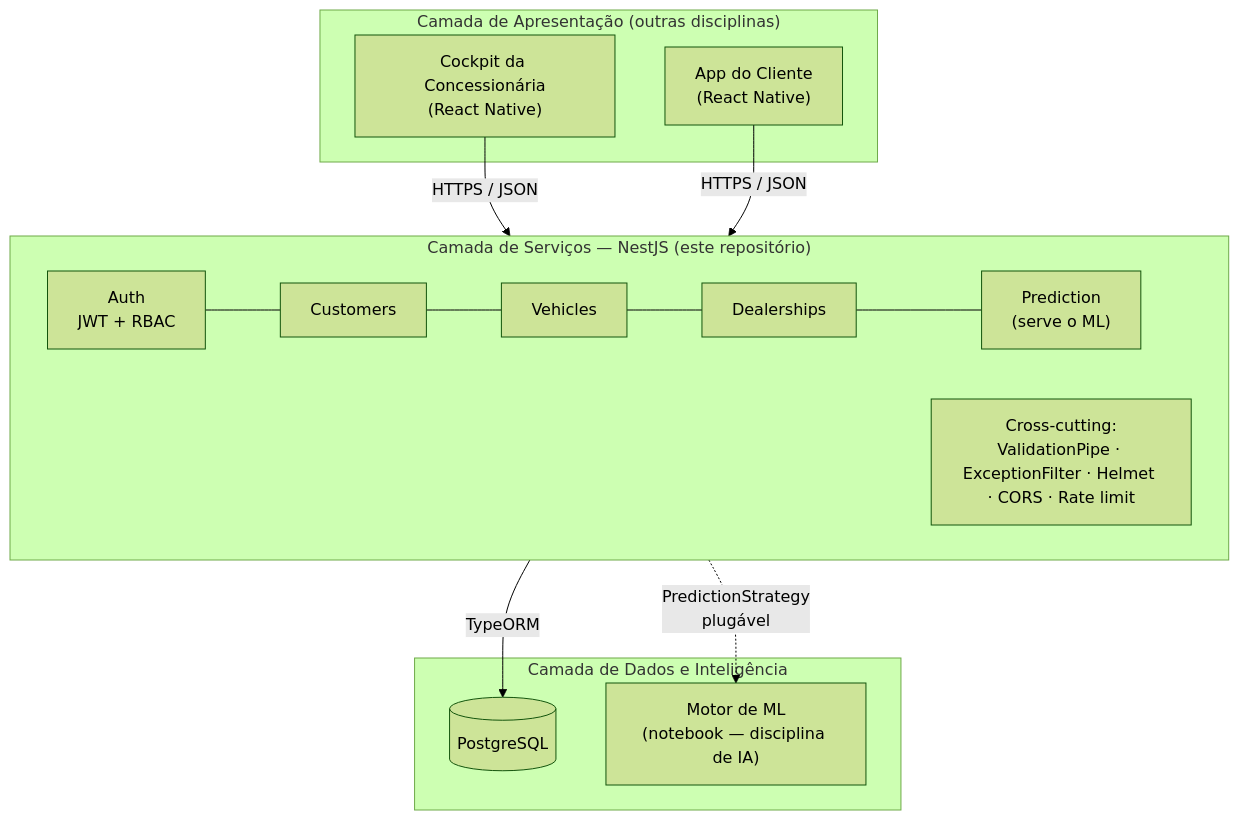
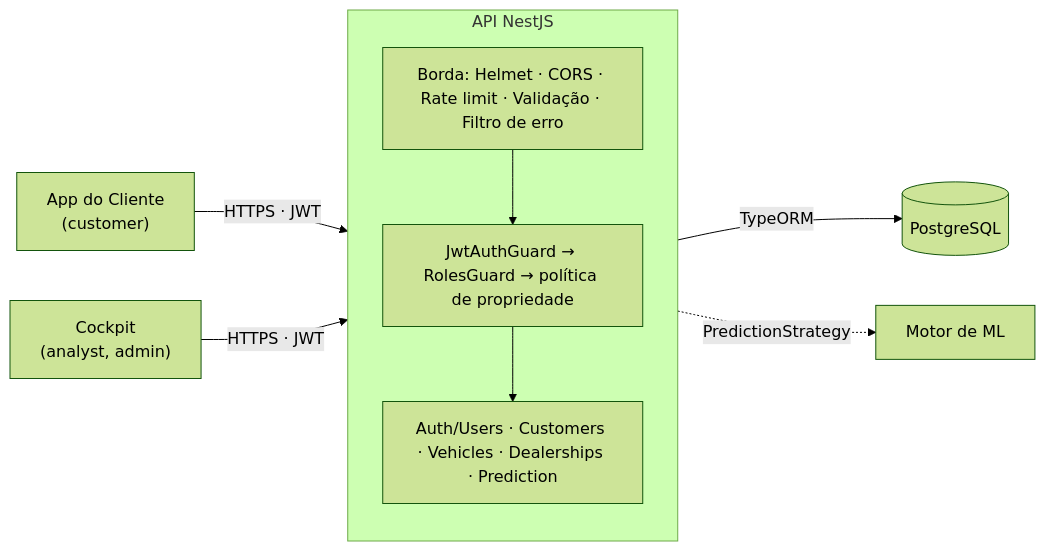
Before and after one commit to ar1hu207/ford-conecta-webservices: the diagram in README.md, drawn with Mermaid (forest theme). The commit also changed other lines of this file and 73 other files, not shown here.

````diff
--- a/README.md
+++ b/README.md
@@ -29,28 +37,14 @@
 ```mermaid
-flowchart TB
-    subgraph APRES["Camada de Apresentação (outras disciplinas)"]
-        COCKPIT["Cockpit da Concessionária<br/>(React Native)"]
-        APP["App do Cliente<br/>(React Native)"]
+flowchart LR
+    APP["App do Cliente<br/>(customer)"] -->|"HTTPS · JWT"| API
+    COCKPIT["Cockpit<br/>(analyst, admin)"] -->|"HTTPS · JWT"| API
+    subgraph API["API NestJS"]
+        direction TB
+        EDGE["Borda: Helmet · CORS · Rate limit · Validação · Filtro de erro"]
+        SEC["JwtAuthGuard → RolesGuard → política de propriedade"]
+        MODS["Auth/Users · Customers · Vehicles · Dealerships · Prediction"]
+        EDGE --> SEC --> MODS
     end
-
-    subgraph SERV["Camada de Serviços — NestJS (este repositório)"]
-        direction LR
-        AUTH["Auth<br/>JWT + RBAC"]
-        CUST["Customers"]
-        VEH["Vehicles"]
-        DEAL["Dealerships"]
-        PRED["Prediction<br/>(serve o ML)"]
-        CROSS["Cross-cutting:<br/>ValidationPipe · ExceptionFilter · Helmet · CORS · Rate limit"]
-    end
-
-    subgraph DADOS["Camada de Dados e Inteligência"]
-        DB[("PostgreSQL")]
-        ML["Motor de ML<br/>(notebook — disciplina de IA)"]
-    end
-
-    COCKPIT -->|HTTPS / JSON| SERV
-    APP -->|HTTPS / JSON| SERV
-    AUTH --- CUST --- VEH --- DEAL --- PRED
-    SERV -->|TypeORM| DB
-    PRED -.->|PredictionStrategy<br/>plugável| ML
+    MODS -->|TypeORM| DB[("PostgreSQL")]
+    MODS -.->|PredictionStrategy| ML["Motor de ML"]
 ```
````
